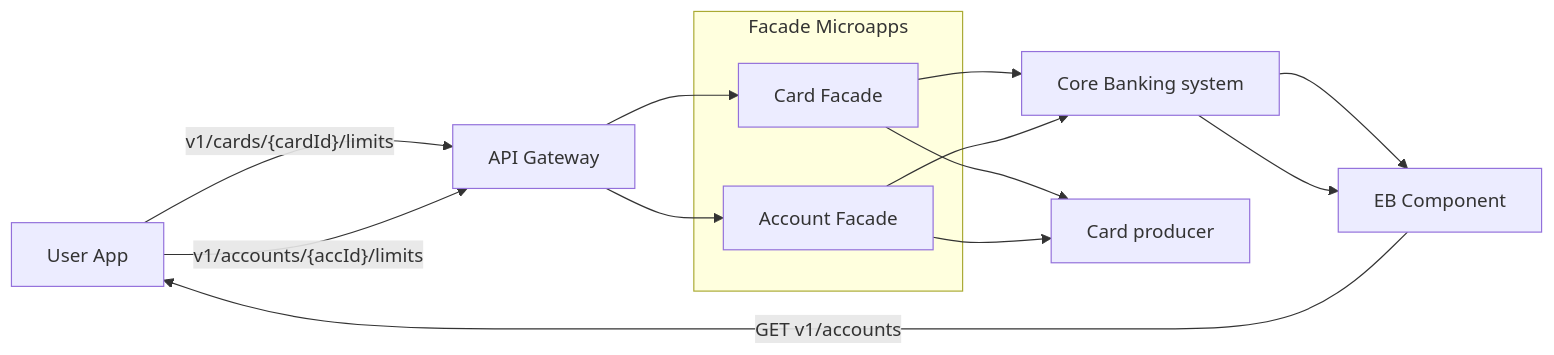
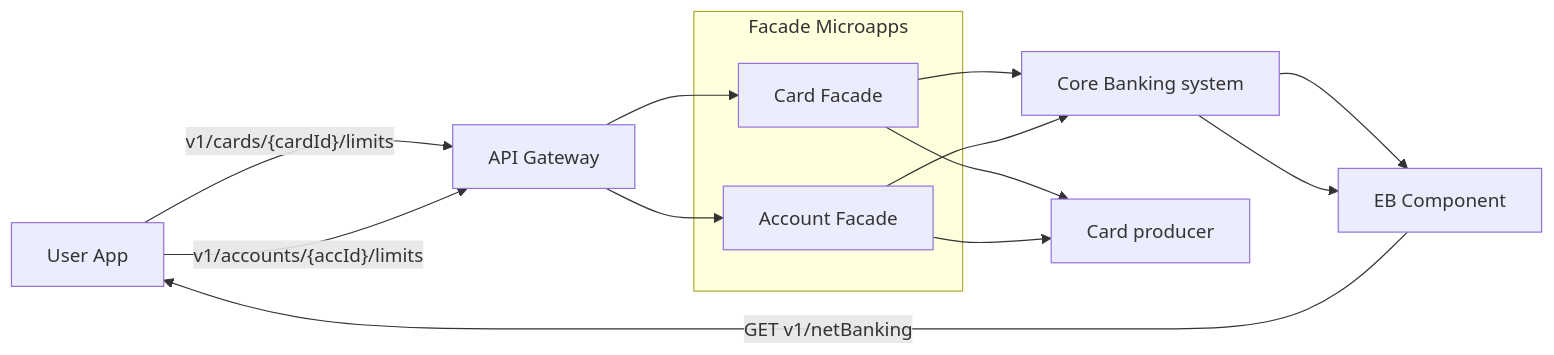
Before and after one commit to mmmmichal/eb_limits: the third of 4 diagrams in README.md, drawn with Mermaid. The commit also changed other lines of this file, not shown here.

Commit message:
sequence diagram added

````diff
--- a/README.md
+++ b/README.md
@@ -135,31 +135,31 @@
 ```mermaid
 graph LR
     UserApp["User App"]
     APIGW["API Gateway"]
     coreBanking["Core Banking system"]
     CardProducer["Card producer"]
 
     subgraph Facades["Facade Microapps"]
         CardFacade["Card Facade"]
         AccountFacade["Account Facade"]
     end
 
     EB["EB Component"]
 
-     EB -->|"GET v1/accounts"| UserApp
+     EB -->|"GET v1/netBanking"| UserApp
     
 
     UserApp -->|"v1/cards/{cardId}/limits"| APIGW
     APIGW --> CardFacade
     coreBanking --> EB
     CardFacade --> coreBanking
     CardFacade --> CardProducer
 
     UserApp -->|"v1/accounts/{accId}/limits"| APIGW
     APIGW --> AccountFacade
     coreBanking --> EB
     AccountFacade --> coreBanking
     AccountFacade --> CardProducer
 
    
 ```
````
